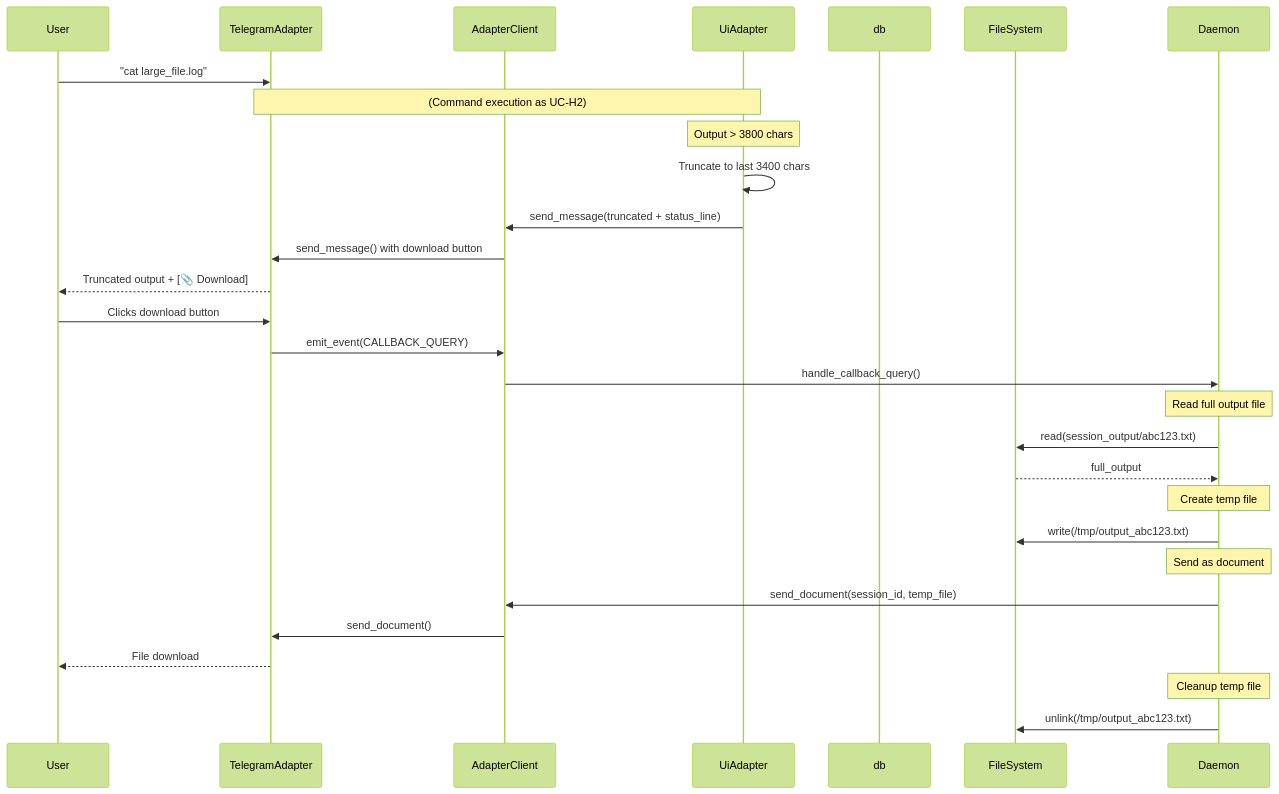
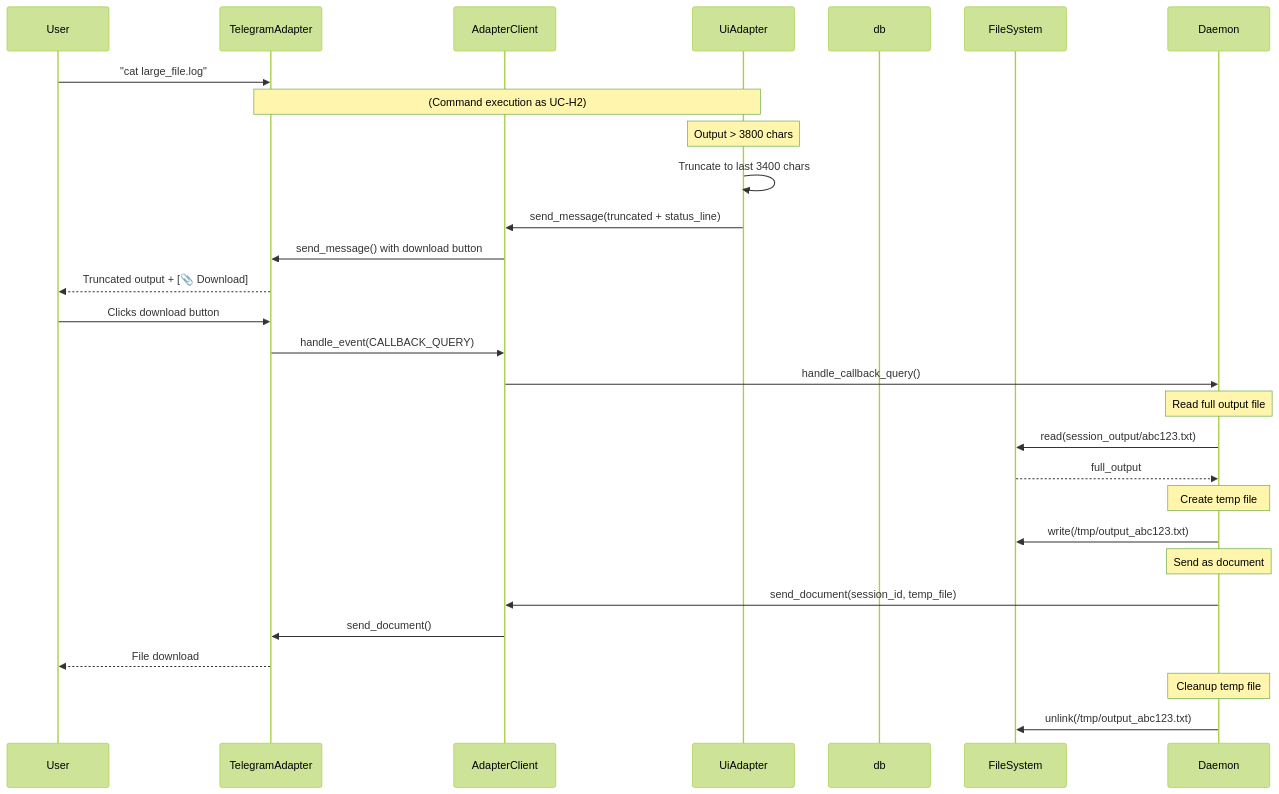
Before and after one commit to InstruktAI/TeleClaude: the fourth of 14 diagrams in docs/use_cases.md, drawn with Mermaid (forest theme). The commit also changed other lines of this file and 22 other files, not shown here.

````diff
--- a/docs/use_cases.md
+++ b/docs/use_cases.md
@@ -188,37 +191,37 @@
 ```mermaid
 sequenceDiagram
     participant User
     participant TG as TelegramAdapter
     participant Client as AdapterClient
     participant UiAdapter
     participant DB as db
     participant FS as FileSystem
 
     User->>TG: "cat large_file.log"
     Note over TG,UiAdapter: (Command execution as UC-H2)
 
     Note over UiAdapter: Output > 3800 chars
     UiAdapter->>UiAdapter: Truncate to last 3400 chars
     UiAdapter->>Client: send_message(truncated + status_line)
     Client->>TG: send_message() with download button
     TG-->>User: Truncated output + [📎 Download]
 
     User->>TG: Clicks download button
-    TG->>Client: emit_event(CALLBACK_QUERY)
+    TG->>Client: handle_event(CALLBACK_QUERY)
     Client->>Daemon: handle_callback_query()
 
     Note over Daemon: Read full output file
     Daemon->>FS: read(session_output/abc123.txt)
     FS-->>Daemon: full_output
 
     Note over Daemon: Create temp file
     Daemon->>FS: write(/tmp/output_abc123.txt)
 
     Note over Daemon: Send as document
     Daemon->>Client: send_document(session_id, temp_file)
     Client->>TG: send_document()
     TG-->>User: File download
 
     Note over Daemon: Cleanup temp file
     Daemon->>FS: unlink(/tmp/output_abc123.txt)
 ```
````
